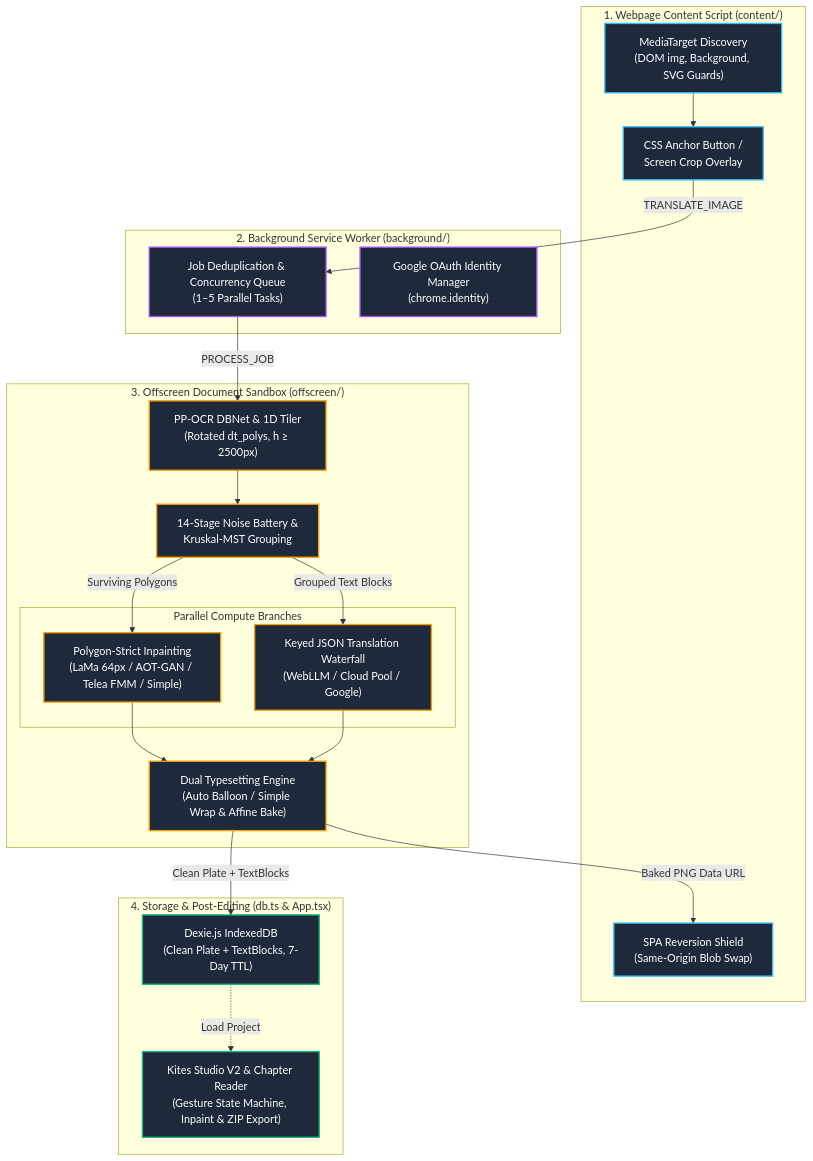
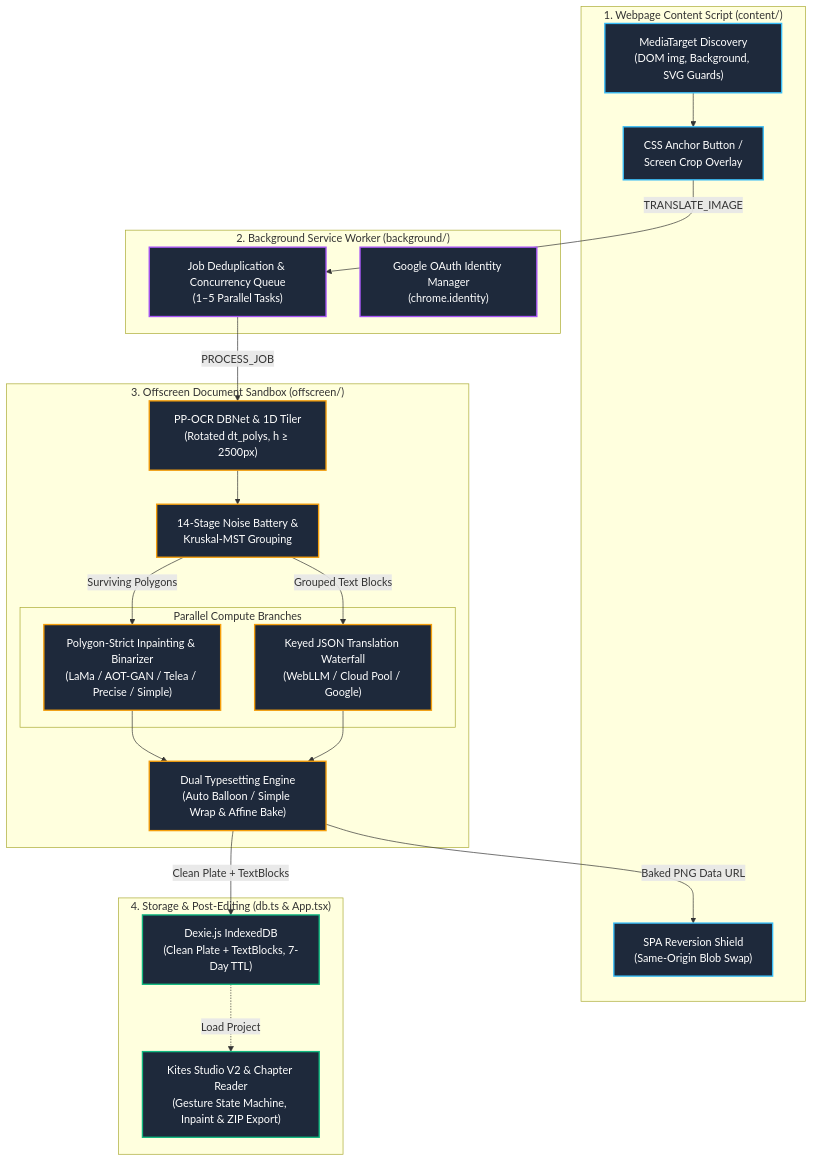
The diagram in docs/README.md (Unheat/Kites), drawn with Mermaid before and after one commit. The commit also changed 4 other files, not shown here.

Commit message:
docs: fix Mermaid syntax errors, document Binarizer, and align all 6 inpaint tiers

````diff
--- a/docs/README.md
+++ b/docs/README.md
@@ -11,47 +11,47 @@
 ```mermaid
 flowchart TD
     classDef web fill:#1e293b,stroke:#38bdf8,stroke-width:2px,color:#fff;
     classDef worker fill:#1e293b,stroke:#a855f7,stroke-width:2px,color:#fff;
     classDef offscreen fill:#1e293b,stroke:#f59e0b,stroke-width:2px,color:#fff;
     classDef storage fill:#1e293b,stroke:#10b981,stroke-width:2px,color:#fff;
 
     subgraph ContentScript["1. Webpage Content Script (content/)"]
         DOMImg["MediaTarget Discovery<br/>(DOM img, Background, SVG Guards)"]:::web
         HoverBtn["CSS Anchor Button /<br/>Screen Crop Overlay"]:::web
         DOMSwap["SPA Reversion Shield<br/>(Same-Origin Blob Swap)"]:::web
     end
 
     subgraph BackgroundWorker["2. Background Service Worker (background/)"]
         JobQueue["Job Deduplication & Concurrency Queue<br/>(1–5 Parallel Tasks)"]:::worker
         AuthToken["Google OAuth Identity Manager<br/>(chrome.identity)"]:::worker
     end
 
     subgraph OffscreenRuntime["3. Offscreen Document Sandbox (offscreen/)"]
         OCRDetect["PP-OCR DBNet & 1D Tiler<br/>(Rotated dt_polys, h ≥ 2500px)"]:::offscreen
         NoiseFilter["14-Stage Noise Battery &<br/>Kruskal-MST Grouping"]:::offscreen
         
         subgraph ParallelCompute["Parallel Compute Branches"]
-            InpaintEng["Polygon-Strict Inpainting<br/>(LaMa 64px / AOT-GAN / Telea FMM / Simple)"]:::offscreen
+            InpaintEng["Polygon-Strict Inpainting & Binarizer<br/>(LaMa / AOT-GAN / Telea / Precise / Simple)"]:::offscreen
             TransWaterfall["Keyed JSON Translation Waterfall<br/>(WebLLM / Cloud Pool / Google)"]:::offscreen
         end
 
         Typesetter["Dual Typesetting Engine<br/>(Auto Balloon / Simple Wrap & Affine Bake)"]:::offscreen
     end
 
     subgraph StorageLayer["4. Storage & Post-Editing (db.ts & App.tsx)"]
         IndexedDB["Dexie.js IndexedDB<br/>(Clean Plate + TextBlocks, 7-Day TTL)"]:::storage
         StudioApp["Kites Studio V2 & Chapter Reader<br/>(Gesture State Machine, Inpaint & ZIP Export)"]:::storage
     end
 
     DOMImg --> HoverBtn
     HoverBtn -->|TRANSLATE_IMAGE| JobQueue
     JobQueue -->|PROCESS_JOB| OCRDetect
     OCRDetect --> NoiseFilter
     NoiseFilter -->|Surviving Polygons| InpaintEng
     NoiseFilter -->|Grouped Text Blocks| TransWaterfall
     InpaintEng --> Typesetter
     TransWaterfall --> Typesetter
     Typesetter -->|Clean Plate + TextBlocks| IndexedDB
     Typesetter -->|Baked PNG Data URL| DOMSwap
     IndexedDB -.->|Load Project| StudioApp
 ```
````
